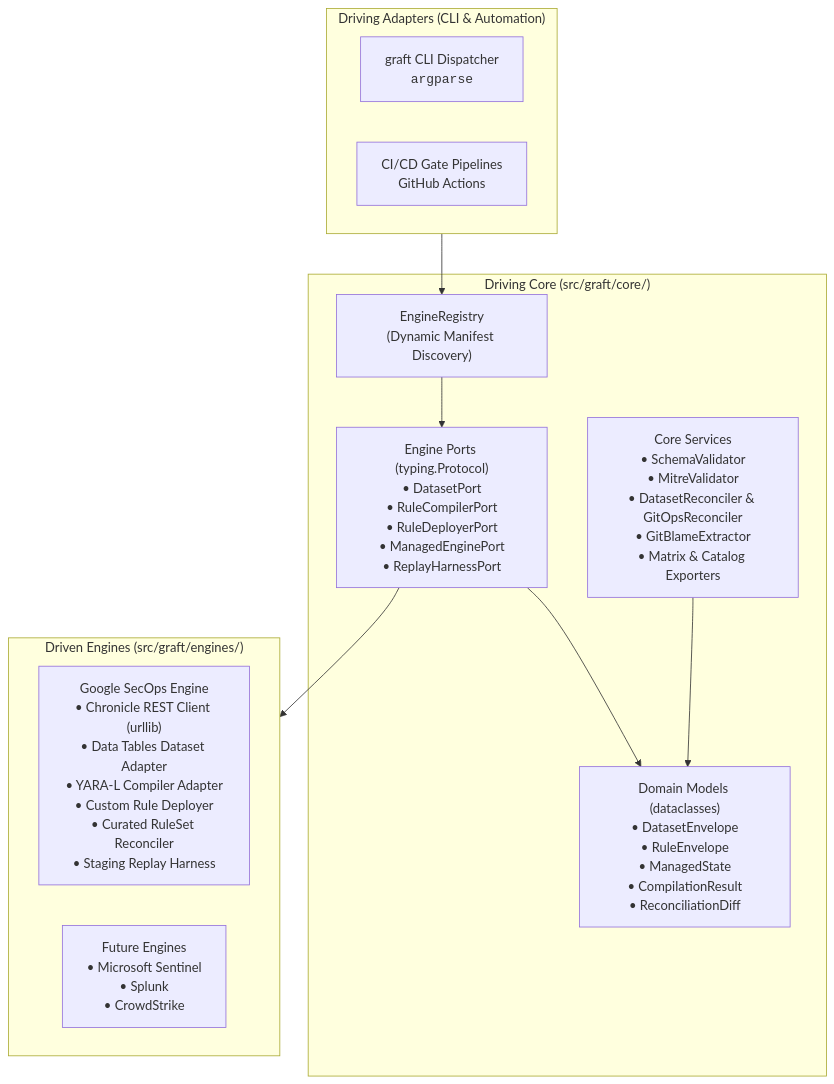
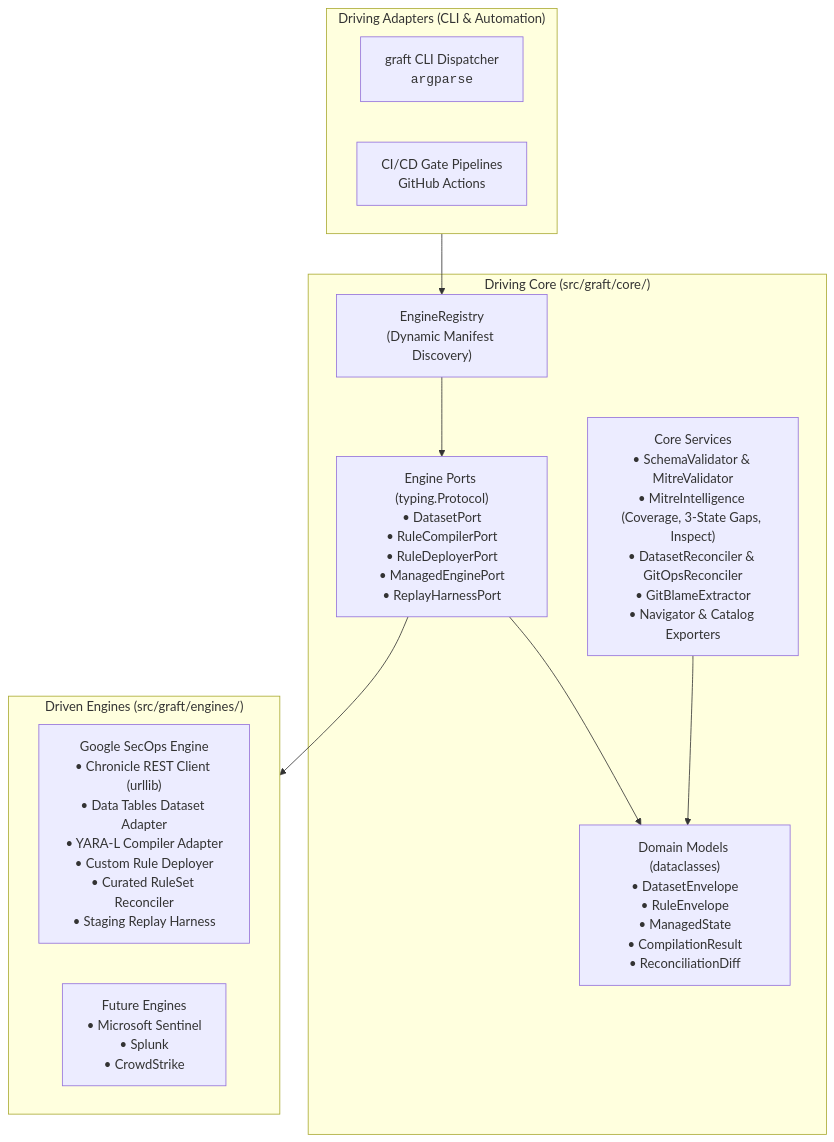
One commit to lopes/graft changed the first of 2 diagrams in docs/architecture.md. Above: the diagram before and after it, drawn with Mermaid. The commit also changed other lines of this file and 32 other files, not shown here.

First line of the commit message:
core,cli,docs: add mitre v20.0 stix enrichments, gap analysis cli, an… (#43)

````diff
--- a/docs/architecture.md
+++ b/docs/architecture.md
@@ -13,25 +13,25 @@
 ```mermaid
 flowchart TD
     subgraph DrivingAdapters["Driving Adapters (CLI & Automation)"]
         CLI["graft CLI Dispatcher<br/><code>argparse</code>"]
         CI["CI/CD Gate Pipelines<br/>GitHub Actions"]
     end
 
     subgraph DrivingCore["Driving Core (src/graft/core/)"]
         PORTS["Engine Ports (typing.Protocol)<br/>• DatasetPort<br/>• RuleCompilerPort<br/>• RuleDeployerPort<br/>• ManagedEnginePort<br/>• ReplayHarnessPort"]
         MODELS["Domain Models (dataclasses)<br/>• DatasetEnvelope<br/>• RuleEnvelope<br/>• ManagedState<br/>• CompilationResult<br/>• ReconciliationDiff"]
-        SERVICES["Core Services<br/>• SchemaValidator<br/>• MitreValidator<br/>• DatasetReconciler &amp; GitOpsReconciler<br/>• GitBlameExtractor<br/>• Matrix &amp; Catalog Exporters"]
+        SERVICES["Core Services<br/>• SchemaValidator &amp; MitreValidator<br/>• MitreIntelligence (Coverage, 3-State Gaps, Inspect)<br/>• DatasetReconciler &amp; GitOpsReconciler<br/>• GitBlameExtractor<br/>• Navigator &amp; Catalog Exporters"]
         REGISTRY["EngineRegistry<br/>(Dynamic Manifest Discovery)"]
     end
 
     subgraph DrivenEngines["Driven Engines (src/graft/engines/)"]
         SECOPS["Google SecOps Engine<br/>• Chronicle REST Client (urllib)<br/>• Data Tables Dataset Adapter<br/>• YARA-L Compiler Adapter<br/>• Custom Rule Deployer<br/>• Curated RuleSet Reconciler<br/>• Staging Replay Harness"]
         FUTURE["Future Engines<br/>• Microsoft Sentinel<br/>• Splunk<br/>• CrowdStrike"]
     end
 
     DrivingAdapters --> REGISTRY
     REGISTRY --> PORTS
     PORTS --> MODELS
     SERVICES --> MODELS
     PORTS --> DrivenEngines
 ```
````
